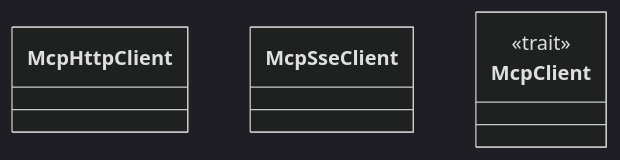
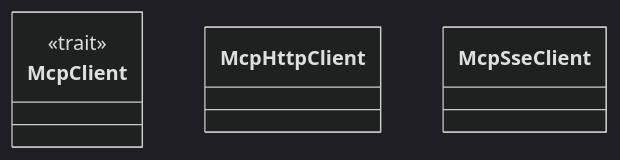
One commit to lgcorzo/rust_CACD_autonomous_factory changed the first of 2 diagrams in wiki/crates_factory-infrastructure_src_mcp_client.md. Above: the diagram before and after it, drawn with Mermaid (dark theme). The commit also changed other lines of this file and 58 other files, not shown here.

````diff
--- a/wiki/crates_factory-infrastructure_src_mcp_client.md
+++ b/wiki/crates_factory-infrastructure_src_mcp_client.md
@@ -16,8 +16,8 @@
 ```mermaid
 classDiagram
-    class McpHttpClient
-    class McpSseClient
     class McpClient {
         <<trait>>
     }
+    class McpHttpClient
+    class McpSseClient
 ```
````
